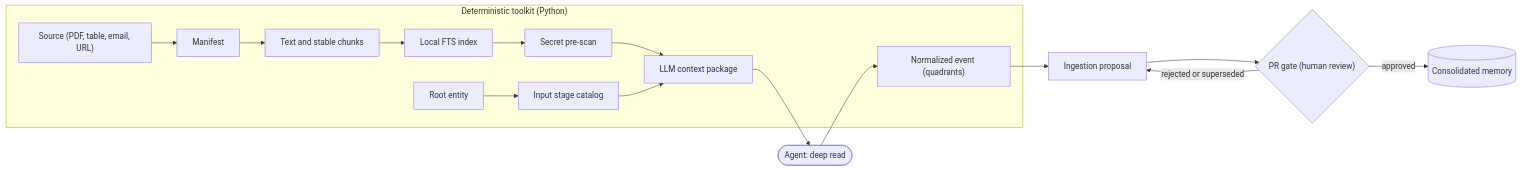
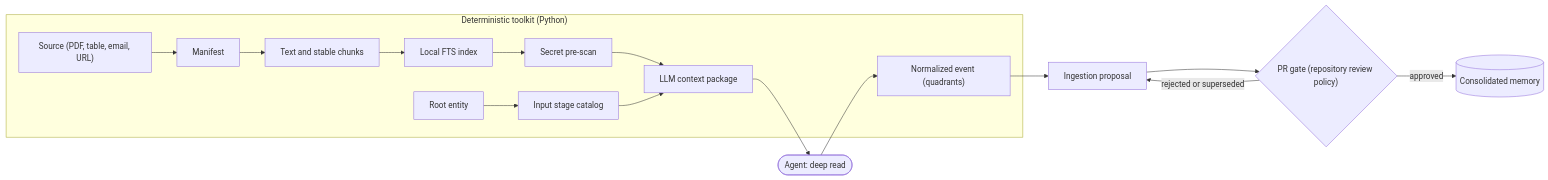
The diagram in memories/system/wiki/architecture.md (kimlage/wiki-viva-kit), drawn with Mermaid before and after one commit. The commit also changed other lines of this file and 34 other files, not shown here.

````diff
--- a/memories/system/wiki/architecture.md
+++ b/memories/system/wiki/architecture.md
@@ -65,26 +65,26 @@
 ```mermaid
 flowchart LR
     subgraph Toolkit["Deterministic toolkit (Python)"]
         Root["Root entity"]
         InputStage["Input stage catalog"]
         Source["Source (PDF, table, email, URL)"]
         Manifest["Manifest"]
         Chunks["Text and stable chunks"]
         Index["Local FTS index"]
         Prescan["Secret pre-scan"]
         Package["LLM context package"]
         Event["Normalized event (quadrants)"]
     end
     Agent(["Agent: deep read"])
     Proposal["Ingestion proposal"]
-    Gate{"PR gate (human review)"}
+    Gate{"PR gate (repository review policy)"}
     Memory[("Consolidated memory")]
 
     Root --> InputStage
     Source --> Manifest --> Chunks --> Index --> Prescan --> Package
     InputStage --> Package
     Package --> Agent
     Agent --> Event --> Proposal --> Gate
     Gate -->|approved| Memory
     Gate -->|rejected or superseded| Proposal
 ```
````
